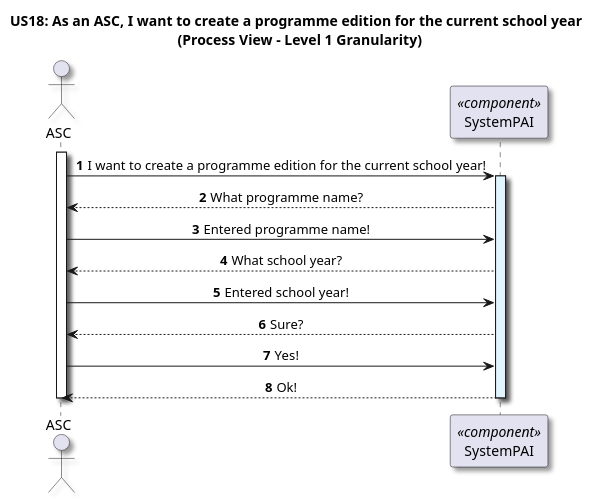
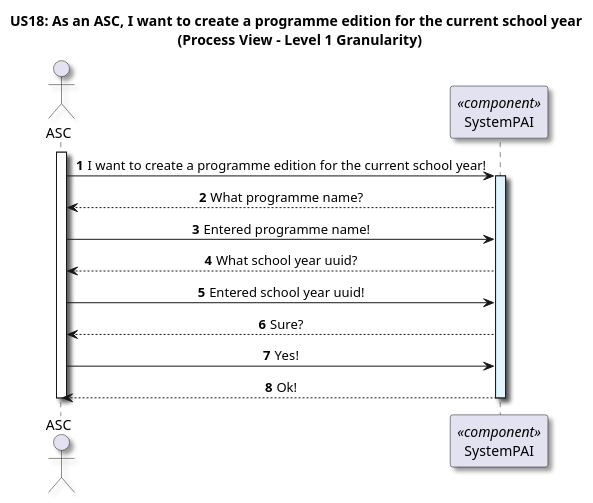
Before and after one commit to GasparISEP/DevOps-PAI: the diagram in docs/US18/Sprint6_RestAPI/ProcessView/Level1Granularity.puml, drawn with PlantUML.

Commit message:
Updated Level 1 Process View diagram for functionality CreateProgrammeEditionForCurrentSchoolYear" - refs #534 #550

```diff
--- a/docs/US18/Sprint6_RestAPI/ProcessView/Level1Granularity.puml
+++ b/docs/US18/Sprint6_RestAPI/ProcessView/Level1Granularity.puml
@@ -1,33 +1,33 @@
 @startuml
 
 title US18: As an ASC, I want to create a programme edition for the current school year \n (Process View - Level 1 Granularity)
 
 skinparam defaultTextAlignment center
 skinparam shadowing true
 
 autonumber
 
 actor ASC as ASC
 participant "SystemPAI" as System <<component>>
 activate ASC
 
 ASC -> System: I want to create a programme edition for the current school year!
 activate System #E1F5FE
 
 System --> ASC: What programme name?
 
 ASC -> System: Entered programme name!
 
-System --> ASC: What school year?
+System --> ASC: What school year uuid?
 
-ASC -> System: Entered school year!
+ASC -> System: Entered school year uuid!
 
 System --> ASC: Sure?
 
 ASC -> System: Yes!
 
 
 System --> ASC: Ok!
 deactivate ASC
 deactivate System
 @enduml
```
